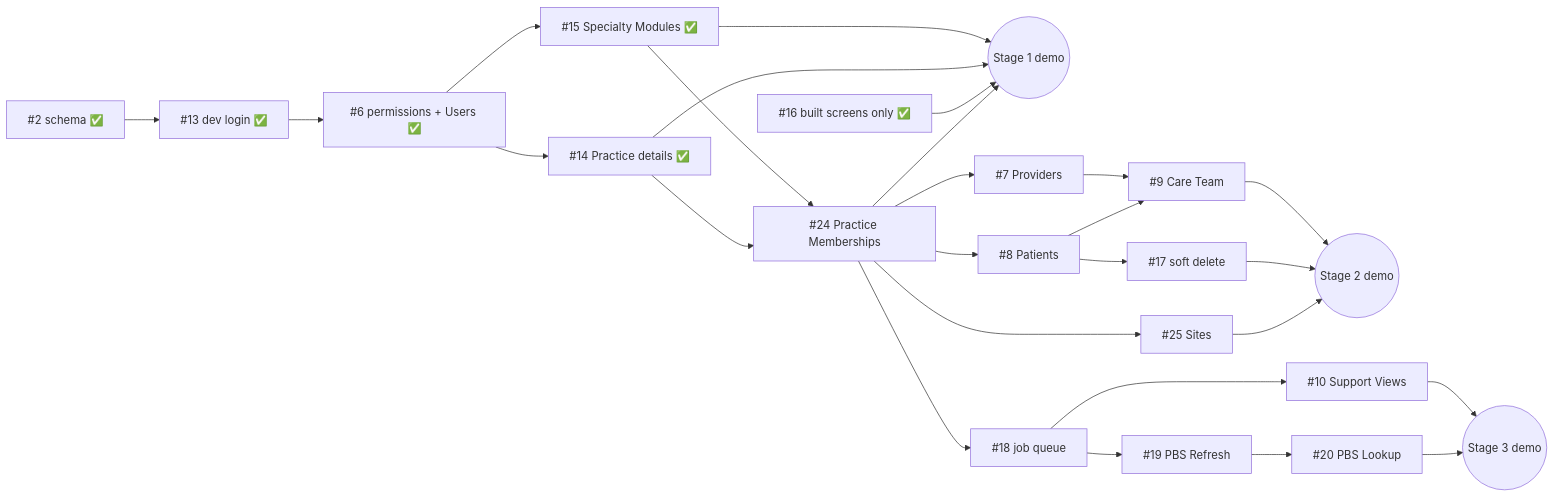
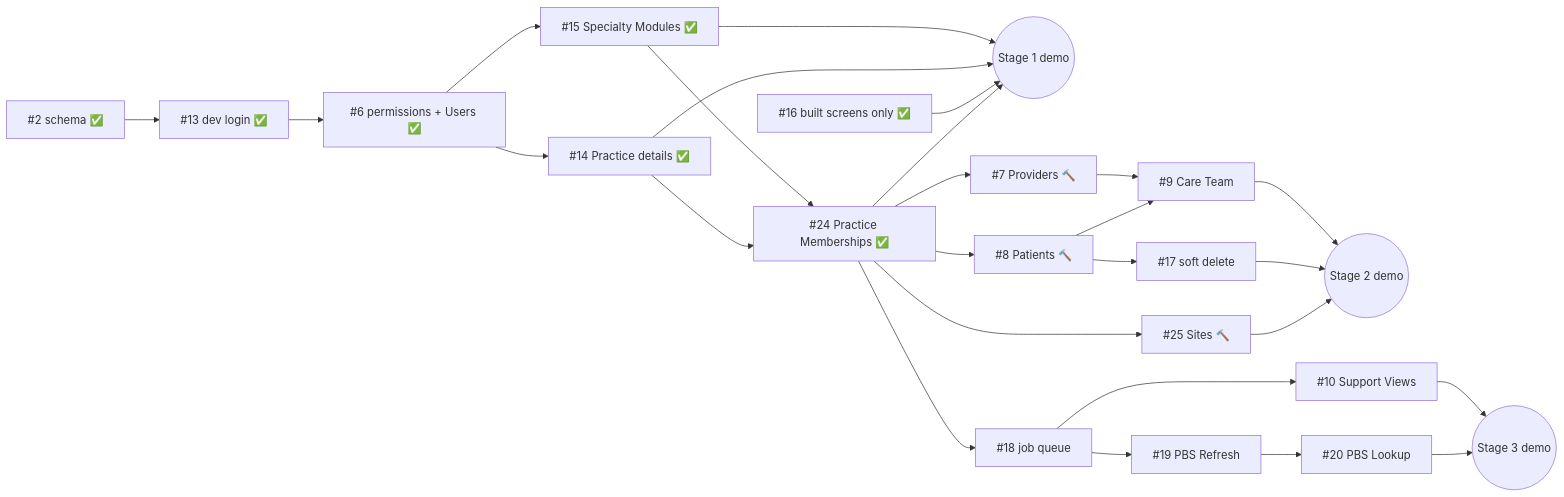
The diagram in docs/build-order.md (kl-a/vigil_care), drawn with Mermaid before and after one commit. The commit also changed other lines of this file and 31 other files, not shown here.

````diff
--- a/docs/build-order.md
+++ b/docs/build-order.md
@@ -86,24 +86,24 @@
 ```mermaid
 flowchart LR
     T2[#2 schema ✅] --> T13[#13 dev login ✅]
     T13 --> T6[#6 permissions + Users ✅]
     T6 --> T14[#14 Practice details ✅]
     T6 --> T15[#15 Specialty Modules ✅]
-    T14 --> T24[#24 Practice Memberships]
+    T14 --> T24[#24 Practice Memberships ✅]
     T15 --> T24
     T24 --> S1
     T16[#16 built screens only ✅] --> S1((Stage 1 demo))
     T14 --> S1
     T15 --> S1
-    T24 --> T8[#8 Patients] --> T17[#17 soft delete]
-    T24 --> T7[#7 Providers]
-    T24 --> T25[#25 Sites] --> S2
+    T24 --> T8[#8 Patients 🔨] --> T17[#17 soft delete]
+    T24 --> T7[#7 Providers 🔨]
+    T24 --> T25[#25 Sites 🔨] --> S2
     T8 --> T9[#9 Care Team]
     T7 --> T9
     T17 --> S2((Stage 2 demo))
     T9 --> S2
     T24 --> T18[#18 job queue] --> T19[#19 PBS Refresh] --> T20[#20 PBS Lookup]
     T18 --> T10[#10 Support Views]
     T20 --> S3((Stage 3 demo))
     T10 --> S3
 ```
````
